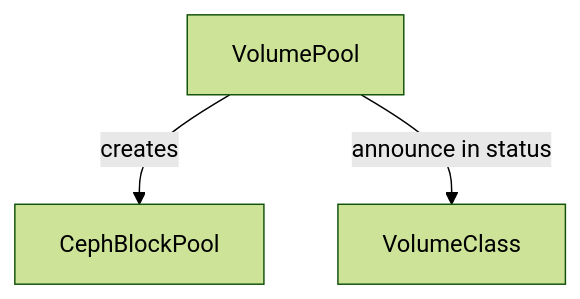
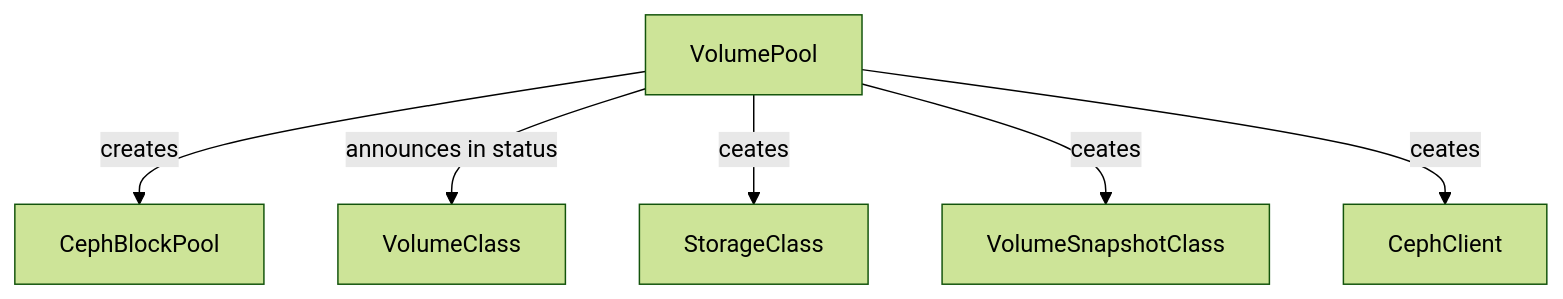
Before and after one commit to ironcore-dev/ceph-provider: the third of 4 diagrams in docs/architecture/README.md, drawn with Mermaid (forest theme). The commit also changed other lines of this file, not shown here.

````diff
--- a/docs/architecture/README.md
+++ b/docs/architecture/README.md
@@ -69,5 +61,8 @@
 ```mermaid
 graph TD
     VP[VolumePool] -- creates --> CephBlockPool
-    VP -- announce in status --> VC[VolumeClass]
+    VP -- announces in status --> VC[VolumeClass]
+    VP -- ceates --> SC[StorageClass]
+    VP -- ceates --> VSC[VolumeSnapshotClass]
+    VP -- ceates --> CC[CephClient]
 ```
````
